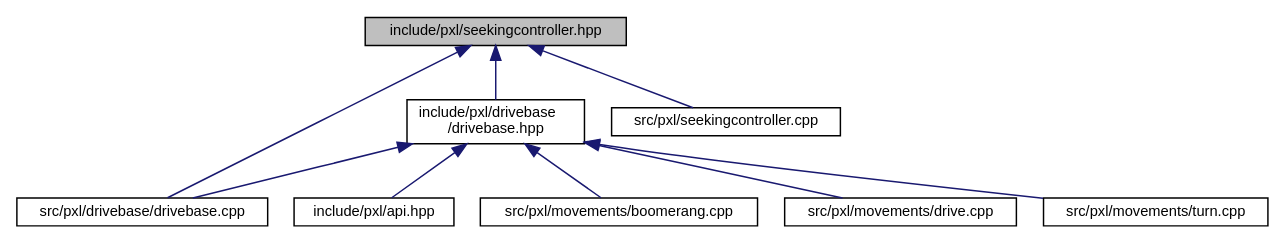
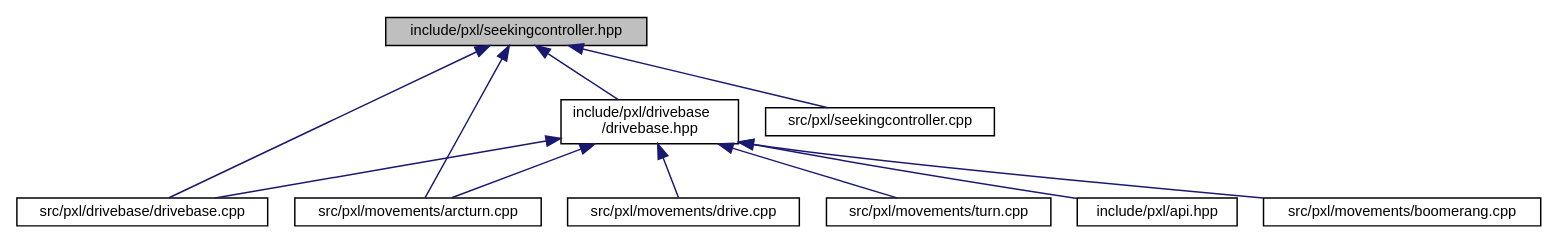
Before and after one commit to Pixel-Lib/Pixel: the diagram in seekingcontroller_8hpp__dep__incl.dot, drawn with Graphviz. The commit also changed 256 other files, not shown here.

```diff
--- a/seekingcontroller_8hpp__dep__incl.dot
+++ b/seekingcontroller_8hpp__dep__incl.dot
@@ -1,22 +1,25 @@
 digraph "include/pxl/seekingcontroller.hpp"
 {
  // LATEX_PDF_SIZE
   edge [fontname="Helvetica",fontsize="10",labelfontname="Helvetica",labelfontsize="10"];
   node [fontname="Helvetica",fontsize="10",shape=record];
   Node1 [label="include/pxl/seekingcontroller.hpp",height=0.2,width=0.4,color="black", fillcolor="grey75", style="filled", fontcolor="black",tooltip=" "];
   Node1 -> Node2 [dir="back",color="midnightblue",fontsize="10",style="solid",fontname="Helvetica"];
   Node2 [label="include/pxl/drivebase\l/drivebase.hpp",height=0.2,width=0.4,color="black", fillcolor="white", style="filled",URL="$drivebase_8hpp.html",tooltip=" "];
   Node2 -> Node3 [dir="back",color="midnightblue",fontsize="10",style="solid",fontname="Helvetica"];
   Node3 [label="include/pxl/api.hpp",height=0.2,width=0.4,color="black", fillcolor="white", style="filled",URL="$api_8hpp.html",tooltip=" "];
   Node2 -> Node4 [dir="back",color="midnightblue",fontsize="10",style="solid",fontname="Helvetica"];
   Node4 [label="src/pxl/drivebase/drivebase.cpp",height=0.2,width=0.4,color="black", fillcolor="white", style="filled",URL="$drivebase_8cpp.html",tooltip=" "];
   Node2 -> Node5 [dir="back",color="midnightblue",fontsize="10",style="solid",fontname="Helvetica"];
-  Node5 [label="src/pxl/movements/boomerang.cpp",height=0.2,width=0.4,color="black", fillcolor="white", style="filled",URL="$boomerang_8cpp.html",tooltip=" "];
+  Node5 [label="src/pxl/movements/arcturn.cpp",height=0.2,width=0.4,color="black", fillcolor="white", style="filled",URL="$arcturn_8cpp.html",tooltip=" "];
   Node2 -> Node6 [dir="back",color="midnightblue",fontsize="10",style="solid",fontname="Helvetica"];
-  Node6 [label="src/pxl/movements/drive.cpp",height=0.2,width=0.4,color="black", fillcolor="white", style="filled",URL="$drive_8cpp.html",tooltip=" "];
+  Node6 [label="src/pxl/movements/boomerang.cpp",height=0.2,width=0.4,color="black", fillcolor="white", style="filled",URL="$boomerang_8cpp.html",tooltip=" "];
   Node2 -> Node7 [dir="back",color="midnightblue",fontsize="10",style="solid",fontname="Helvetica"];
-  Node7 [label="src/pxl/movements/turn.cpp",height=0.2,width=0.4,color="black", fillcolor="white", style="filled",URL="$turn_8cpp.html",tooltip=" "];
+  Node7 [label="src/pxl/movements/drive.cpp",height=0.2,width=0.4,color="black", fillcolor="white", style="filled",URL="$drive_8cpp.html",tooltip=" "];
+  Node2 -> Node8 [dir="back",color="midnightblue",fontsize="10",style="solid",fontname="Helvetica"];
+  Node8 [label="src/pxl/movements/turn.cpp",height=0.2,width=0.4,color="black", fillcolor="white", style="filled",URL="$turn_8cpp.html",tooltip=" "];
   Node1 -> Node4 [dir="back",color="midnightblue",fontsize="10",style="solid",fontname="Helvetica"];
-  Node1 -> Node8 [dir="back",color="midnightblue",fontsize="10",style="solid",fontname="Helvetica"];
-  Node8 [label="src/pxl/seekingcontroller.cpp",height=0.2,width=0.4,color="black", fillcolor="white", style="filled",URL="$seekingcontroller_8cpp.html",tooltip=" "];
+  Node1 -> Node5 [dir="back",color="midnightblue",fontsize="10",style="solid",fontname="Helvetica"];
+  Node1 -> Node9 [dir="back",color="midnightblue",fontsize="10",style="solid",fontname="Helvetica"];
+  Node9 [label="src/pxl/seekingcontroller.cpp",height=0.2,width=0.4,color="black", fillcolor="white", style="filled",URL="$seekingcontroller_8cpp.html",tooltip=" "];
 }
```
